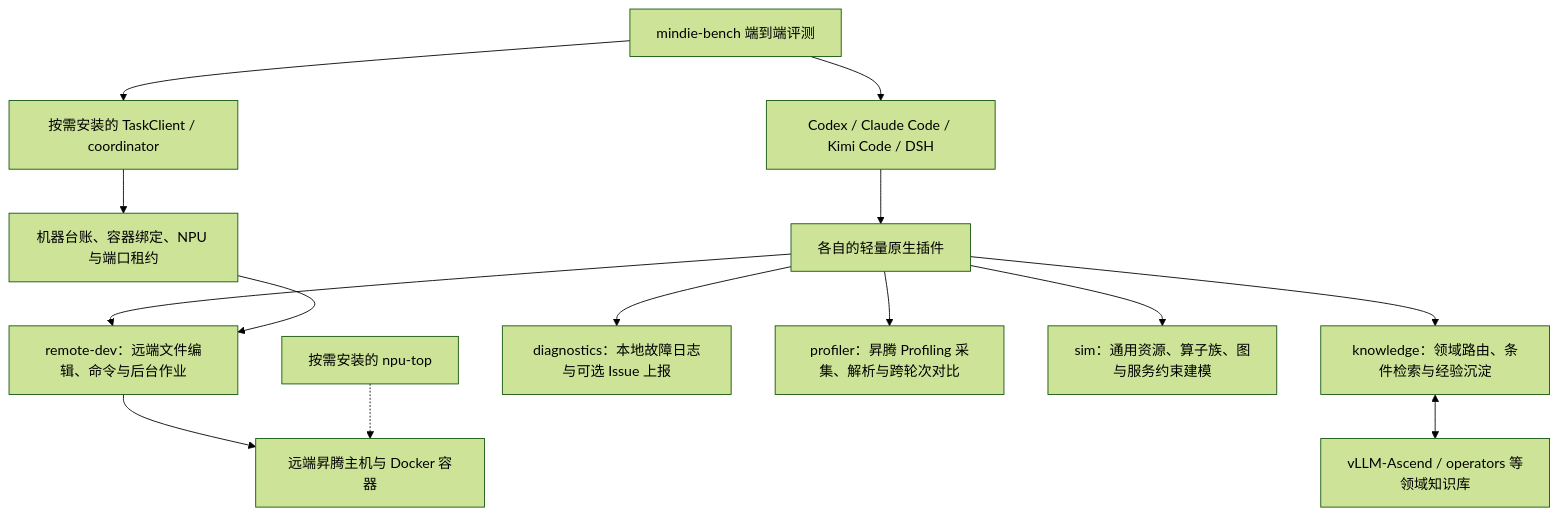
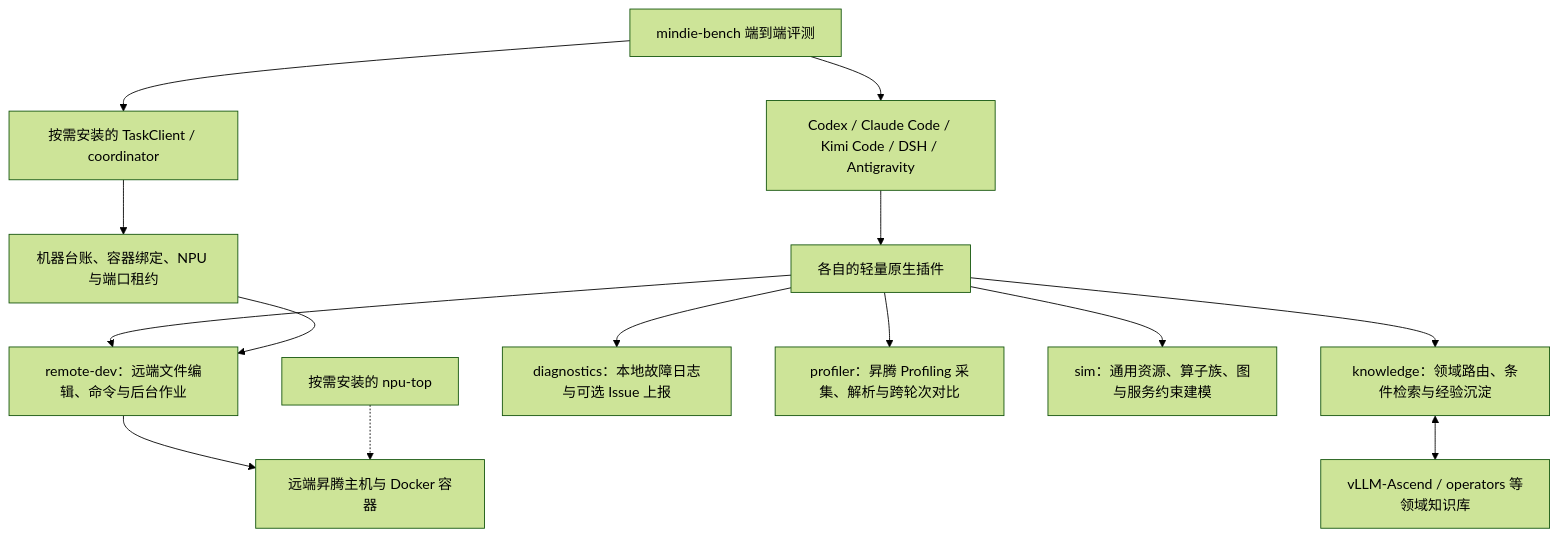
One commit to mindie-agent/mindie-agent changed the diagram in docs/architecture.md. Above: the diagram before and after it, drawn with Mermaid (forest theme). The commit also changed other lines of this file and 20 other files, not shown here.

````diff
--- a/docs/architecture.md
+++ b/docs/architecture.md
@@ -11,16 +11,16 @@
 ```mermaid
 flowchart TB
-    H["Codex / Claude Code / Kimi Code / DSH"] --> P["各自的轻量原生插件"]
+    H["Codex / Claude Code / Kimi Code / DSH / Antigravity"] --> P["各自的轻量原生插件"]
     P --> K["knowledge：领域路由、条件检索与经验沉淀"]
     P --> R["remote-dev：远端文件编辑、命令与后台作业"]
     P --> D["diagnostics：本地故障日志与可选 Issue 上报"]
     P --> PR["profiler：昇腾 Profiling 采集、解析与跨轮次对比"]
     P --> S["sim：通用资源、算子族、图与服务约束建模"]
     K <--> F["vLLM-Ascend / operators 等领域知识库"]
     T["按需安装的 TaskClient / coordinator"] --> Q["机器台账、容器绑定、NPU 与端口租约"]
     Q --> R
     R --> N["远端昇腾主机与 Docker 容器"]
     M["按需安装的 npu-top"] -.-> N
     B["mindie-bench 端到端评测"] --> T
     B --> H
 ```
````
